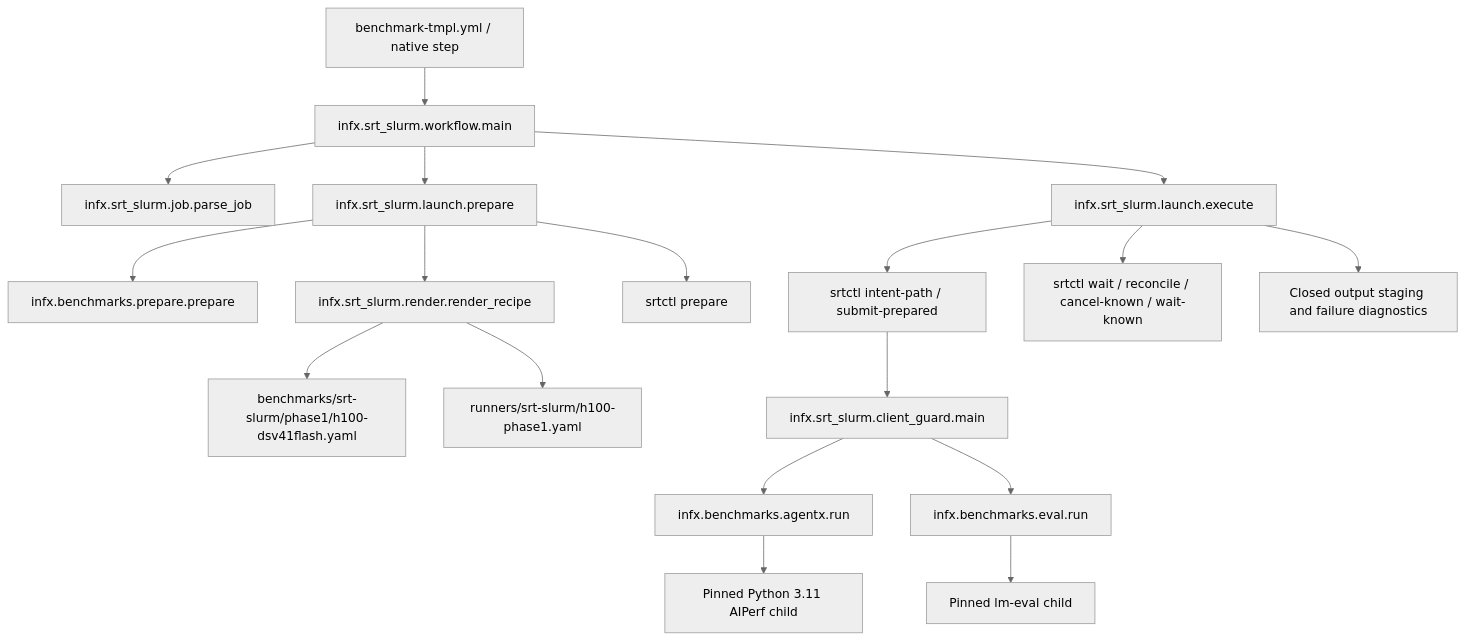
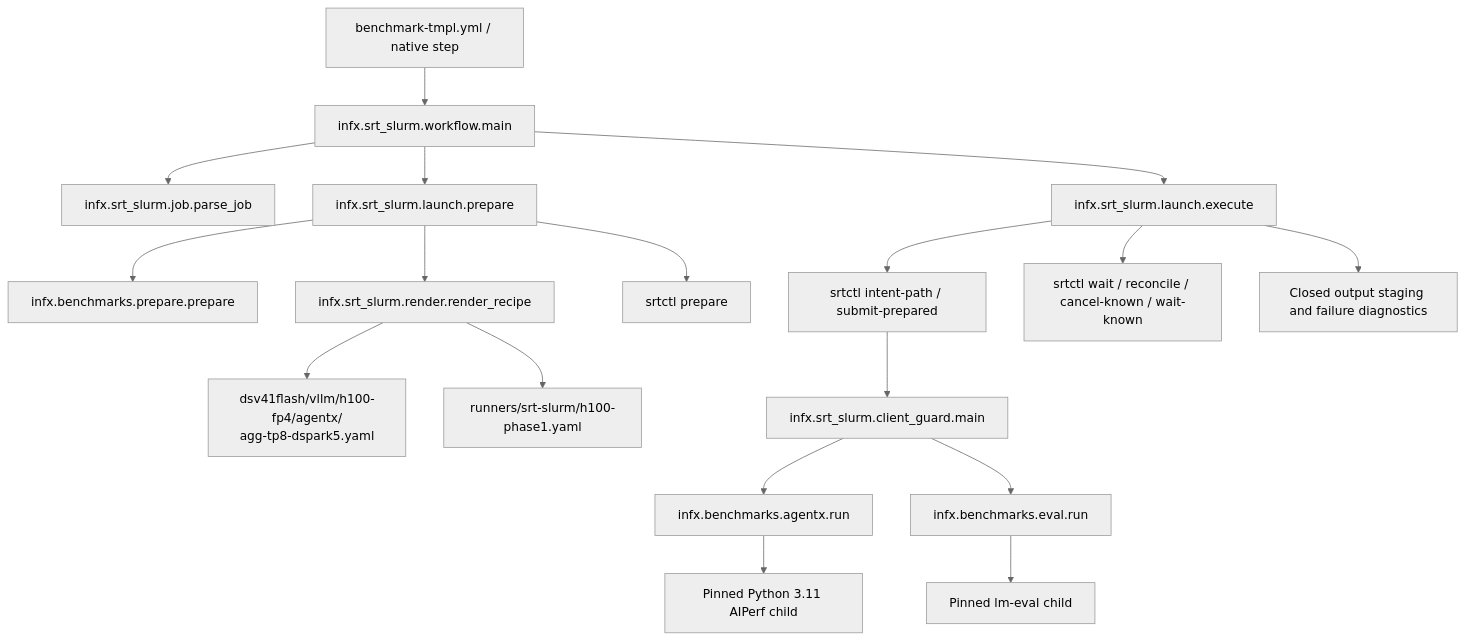
One commit to SemiAnalysisAI/InferenceX changed the second of 2 diagrams in docs/srt-slurm-phase1.md. Above: the diagram before and after it, drawn with Mermaid (neutral theme). The commit also changed other lines of this file and 9 other files, not shown here.

````diff
--- a/docs/srt-slurm-phase1.md
+++ b/docs/srt-slurm-phase1.md
@@ -32,20 +34,20 @@
 ```mermaid
 flowchart TD
   W[benchmark-tmpl.yml / native step] --> F[infx.srt_slurm.workflow.main]
   F --> J[infx.srt_slurm.job.parse_job]
   F --> P[infx.srt_slurm.launch.prepare]
   P --> CP[infx.benchmarks.prepare.prepare]
   P --> R[infx.srt_slurm.render.render_recipe]
-  R --> Y[benchmarks/srt-slurm/phase1/h100-dsv41flash.yaml]
+  R --> Y["dsv41flash/vllm/h100-fp4/agentx/<br/>agg-tp8-dspark5.yaml"]
   R --> H[runners/srt-slurm/h100-phase1.yaml]
   P --> NP[srtctl prepare]
   F --> X[infx.srt_slurm.launch.execute]
   X --> NI[srtctl intent-path / submit-prepared]
   X --> NW[srtctl wait / reconcile / cancel-known / wait-known]
   NI --> G[infx.srt_slurm.client_guard.main]
   G --> AX[infx.benchmarks.agentx.run]
   G --> EV[infx.benchmarks.eval.run]
   AX --> AIP[Pinned Python 3.11 AIPerf child]
   EV --> LM[Pinned lm-eval child]
   X --> O[Closed output staging and failure diagnostics]
 ```
````
